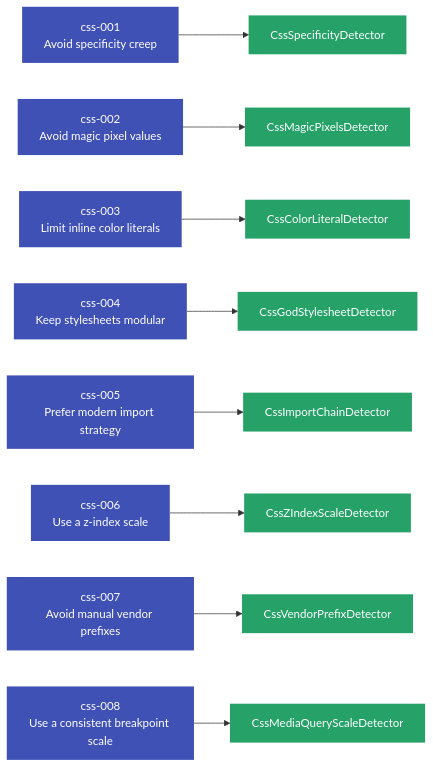
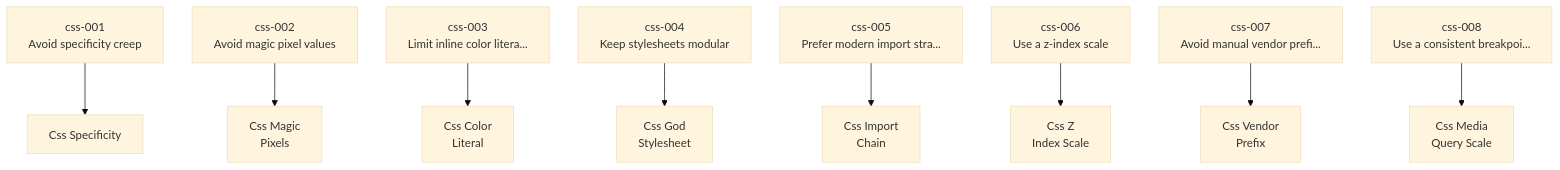
The first of 4 diagrams in docs/user-guide/languages/css.md (Anselmoo/mcp-zen-of-languages), drawn with Mermaid before and after one commit. The commit also changed other lines of this file and 23 other files, not shown here.

First line of the commit message:
fix(docs): repair Mermaid contrast, text overflow, and expand diagram coverage (#137)

````diff
--- a/docs/user-guide/languages/css.md
+++ b/docs/user-guide/languages/css.md
@@ -209,45 +209,28 @@
     ```mermaid
-    graph LR
+    %%{init: {"theme": "base", "flowchart": {"useMaxWidth": false, "htmlLabels": true, "nodeSpacing": 40, "rankSpacing": 60}}}%%
+    graph TD
     css_001["css-001<br/>Avoid specificity creep"]
     css_002["css-002<br/>Avoid magic pixel values"]
-    css_003["css-003<br/>Limit inline color literals"]
+    css_003["css-003<br/>Limit inline color litera..."]
     css_004["css-004<br/>Keep stylesheets modular"]
-    css_005["css-005<br/>Prefer modern import strategy"]
+    css_005["css-005<br/>Prefer modern import stra..."]
     css_006["css-006<br/>Use a z-index scale"]
-    css_007["css-007<br/>Avoid manual vendor prefixes"]
-    css_008["css-008<br/>Use a consistent breakpoint scale"]
-    det_CssColorLiteralDetector["CssColorLiteralDetector"]
+    css_007["css-007<br/>Avoid manual vendor prefi..."]
+    css_008["css-008<br/>Use a consistent breakpoi..."]
+    det_CssColorLiteralDetector["Css Color<br/>Literal"]
     css_003 --> det_CssColorLiteralDetector
-    det_CssGodStylesheetDetector["CssGodStylesheetDetector"]
+    det_CssGodStylesheetDetector["Css God<br/>Stylesheet"]
     css_004 --> det_CssGodStylesheetDetector
-    det_CssImportChainDetector["CssImportChainDetector"]
+    det_CssImportChainDetector["Css Import<br/>Chain"]
     css_005 --> det_CssImportChainDetector
-    det_CssMagicPixelsDetector["CssMagicPixelsDetector"]
+    det_CssMagicPixelsDetector["Css Magic<br/>Pixels"]
     css_002 --> det_CssMagicPixelsDetector
-    det_CssMediaQueryScaleDetector["CssMediaQueryScaleDetector"]
+    det_CssMediaQueryScaleDetector["Css Media<br/>Query Scale"]
     css_008 --> det_CssMediaQueryScaleDetector
-    det_CssSpecificityDetector["CssSpecificityDetector"]
+    det_CssSpecificityDetector["Css Specificity"]
     css_001 --> det_CssSpecificityDetector
-    det_CssVendorPrefixDetector["CssVendorPrefixDetector"]
+    det_CssVendorPrefixDetector["Css Vendor<br/>Prefix"]
     css_007 --> det_CssVendorPrefixDetector
-    det_CssZIndexScaleDetector["CssZIndexScaleDetector"]
+    det_CssZIndexScaleDetector["Css Z<br/>Index Scale"]
     css_006 --> det_CssZIndexScaleDetector
-    classDef principle fill:#4051b5,color:#fff,stroke:none
-    classDef detector fill:#26a269,color:#fff,stroke:none
-    class css_001 principle
-    class css_002 principle
-    class css_003 principle
-    class css_004 principle
-    class css_005 principle
-    class css_006 principle
-    class css_007 principle
-    class css_008 principle
-    class det_CssColorLiteralDetector detector
-    class det_CssGodStylesheetDetector detector
-    class det_CssImportChainDetector detector
-    class det_CssMagicPixelsDetector detector
-    class det_CssMediaQueryScaleDetector detector
-    class det_CssSpecificityDetector detector
-    class det_CssVendorPrefixDetector detector
-    class det_CssZIndexScaleDetector detector
     ```
````
